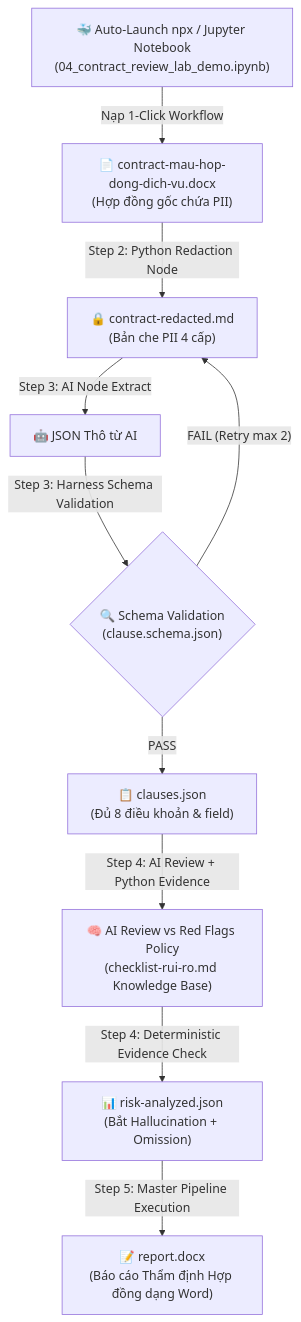
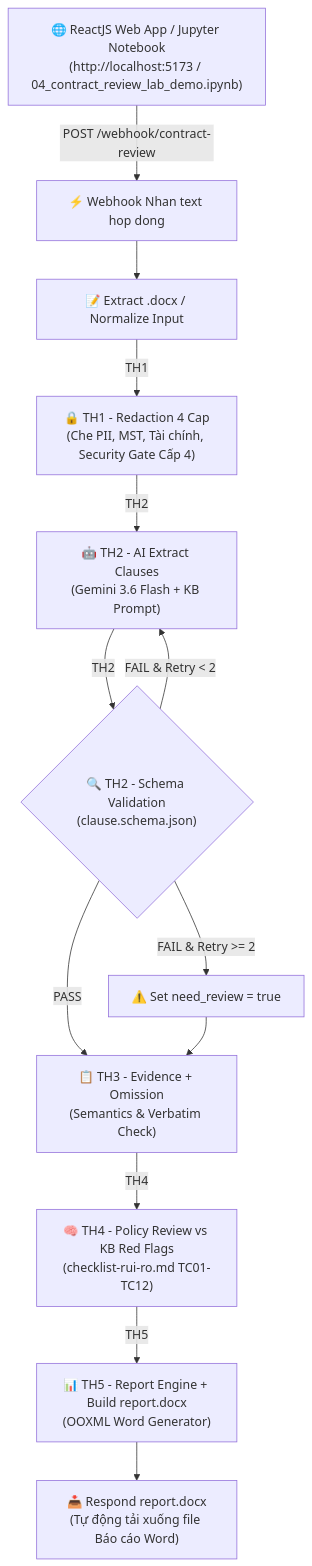
The diagram in 04-contract-review/lab.md (alobase-org/hocvien_k1_aiautomation), drawn with Mermaid before and after one commit. The commit also changed other lines of this file and 2 other files, not shown here.

````diff
--- a/04-contract-review/lab.md
+++ b/04-contract-review/lab.md
@@ -65,12 +66,15 @@
 ```mermaid
 flowchart TD
-    A["🐳 Auto-Launch npx / Jupyter Notebook<br/>(04_contract_review_lab_demo.ipynb)"] -->|Nạp 1-Click Workflow| B["📄 contract-mau-hop-dong-dich-vu.docx<br/>(Hợp đồng gốc chứa PII)"]
-    B -->|Step 2: Python Redaction Node| C["🔒 contract-redacted.md<br/>(Bản che PII 4 cấp)"]
-    C -->|Step 3: AI Node Extract| D["🤖 JSON Thô từ AI"]
-    D -->|Step 3: Harness Schema Validation| E{"🔍 Schema Validation<br/>(clause.schema.json)"}
-    E -- FAIL (Retry max 2) --> C
-    E -- PASS --> F["📋 clauses.json<br/>(Đủ 8 điều khoản & field)"]
-    F -->|Step 4: AI Review + Python Evidence| G["🧠 AI Review vs Red Flags Policy<br/>(checklist-rui-ro.md Knowledge Base)"]
-    G -->|Step 4: Deterministic Evidence Check| H["📊 risk-analyzed.json<br/>(Bắt Hallucination + Omission)"]
-    H -->|Step 5: Master Pipeline Execution| I["📝 report.docx<br/>(Báo cáo Thẩm định Hợp đồng dạng Word)"]
+    A["🌐 ReactJS Web App / Jupyter Notebook<br/>(http://localhost:5173 / 04_contract_review_lab_demo.ipynb)"] -->|POST /webhook/contract-review| B["⚡ Webhook Nhan text hop dong"]
+    B --> C["📝 Extract .docx / Normalize Input"]
+    C -->|TH1| D["🔒 TH1 - Redaction 4 Cap<br/>(Che PII, MST, Tài chính, Security Gate Cấp 4)"]
+    D -->|TH2| E["🤖 TH2 - AI Extract Clauses<br/>(Gemini 3.6 Flash + KB Prompt)"]
+    E -->|TH2| F{"🔍 TH2 - Schema Validation<br/>(clause.schema.json)"}
+    F -- FAIL & Retry < 2 --> E
+    F -- FAIL & Retry >= 2 --> G["⚠️ Set need_review = true"]
+    F -- PASS --> H["📋 TH3 - Evidence + Omission<br/>(Semantics & Verbatim Check)"]
+    G --> H
+    H -->|TH4| I["🧠 TH4 - Policy Review vs KB Red Flags<br/>(checklist-rui-ro.md TC01-TC12)"]
+    I -->|TH5| J["📊 TH5 - Report Engine + Build report.docx<br/>(OOXML Word Generator)"]
+    J --> K["📥 Respond report.docx<br/>(Tự động tải xuống file Báo cáo Word)"]
 ```
````
